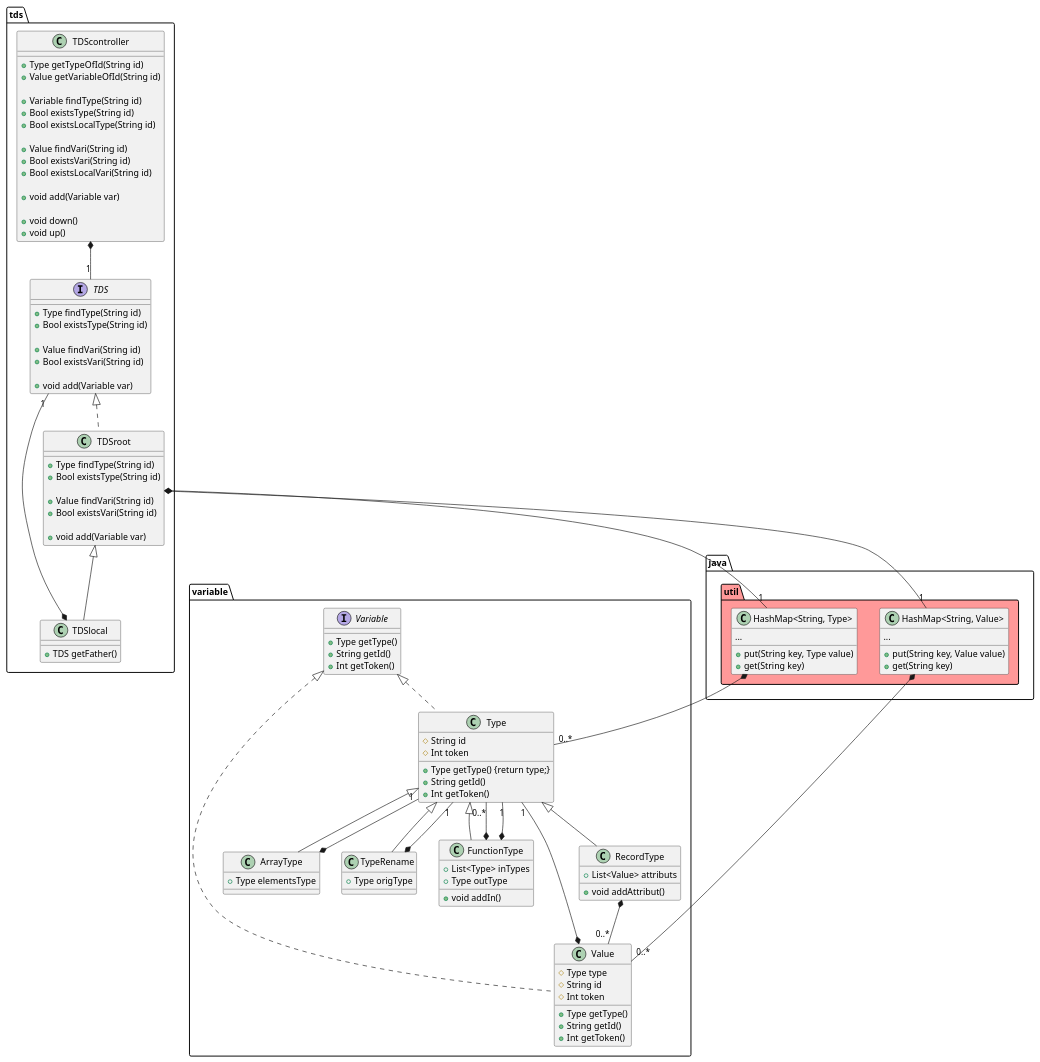
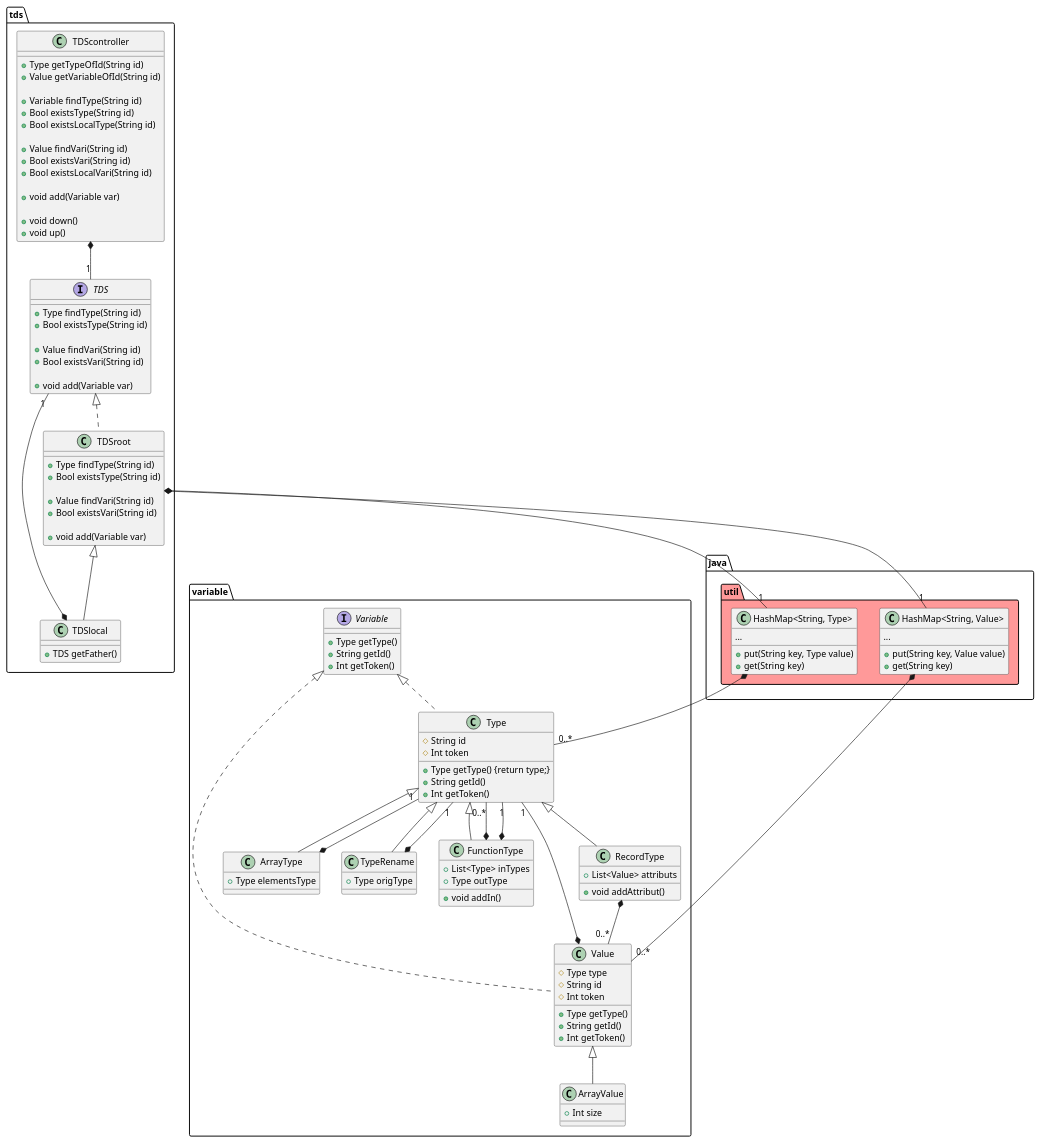
One commit to Tiger-compiler-team-2023/tiger-compiler changed the diagram in AntlrMavenProject/chaoscompiler/src/main/java/eu/tn/chaoscompiler/tdstool/README.figures/TDS.puml. Above: the diagram before and after it, drawn with PlantUML. The commit also changed 2 other files, not shown here.

```diff
--- a/AntlrMavenProject/chaoscompiler/src/main/java/eu/tn/chaoscompiler/tdstool/README.figures/TDS.puml
+++ b/AntlrMavenProject/chaoscompiler/src/main/java/eu/tn/chaoscompiler/tdstool/README.figures/TDS.puml
@@ -1,120 +1,124 @@
 @startuml
 
 package tds {
 
   class TDScontroller {
     +Type getTypeOfId(String id)
     +Value getVariableOfId(String id)
 
     +Variable findType(String id)
     +Bool existsType(String id)
     +Bool existsLocalType(String id)
 
     +Value findVari(String id)
     +Bool existsVari(String id)
     +Bool existsLocalVari(String id)
 
     +void add(Variable var)
 
     +void down()
     +void up()
   }
 
   interface TDS {
     +Type findType(String id)
     +Bool existsType(String id)
 
     +Value findVari(String id)
     +Bool existsVari(String id)
 
     +void add(Variable var)
   }
 
   class TDSroot implements TDS {
     +Type findType(String id)
     +Bool existsType(String id)
 
     +Value findVari(String id)
     +Bool existsVari(String id)
     
     +void add(Variable var)
   }
 
   class TDSlocal extends TDSroot {
     +TDS getFather()
   }
 }
 
 package variable {
 
   Interface Variable {
     +Type getType()
     +String getId()
     +Int getToken()
   }
 
   class Type implements Variable {
     #String id
     #Int token
 
     +Type getType() {return type;}
     +String getId()
     +Int getToken()
   }
 
   class RecordType extends Type {
     +List<Value> attributs
     +void addAttribut()
   }
 
   class ArrayType extends Type {
     +Type elementsType
   }
 
   class TypeRename extends Type {
     +Type origType
   }
 
   class FunctionType extends Type {
     +List<Type> inTypes
     +Type outType
     +void addIn()
   }
 
   class Value implements Variable {
     #Type type
     #String id
     #Int token
 
     +Type getType()
     +String getId()
     +Int getToken()
   }
+
+  class ArrayValue extends Value {
+    +Int size
+  }
 }
 
 package java.util #ff9999 {
   class "HashMap<String, Type>" {
     ...
     +put(String key, Type value)
     +get(String key)
   }
   class "HashMap<String, Value>" {
     ...
     +put(String key, Value value)
     +get(String key)
   }
 }
 
 TDScontroller *--"1" TDS
 TDSlocal *--"1" TDS
 TDSroot *--"1" "HashMap<String, Type>"
 TDSroot *--"1" "HashMap<String, Value>"
 "HashMap<String, Type>" *--"0..*" Type
 "HashMap<String, Value>" *--"0..*" Value
 Value *--"1" Type
 RecordType *--"0..*" Value
 ArrayType *--"1" Type
 TypeRename *--"1" Type
 FunctionType *--"0..*" Type
 FunctionType *--"1" Type
 @enduml
```
